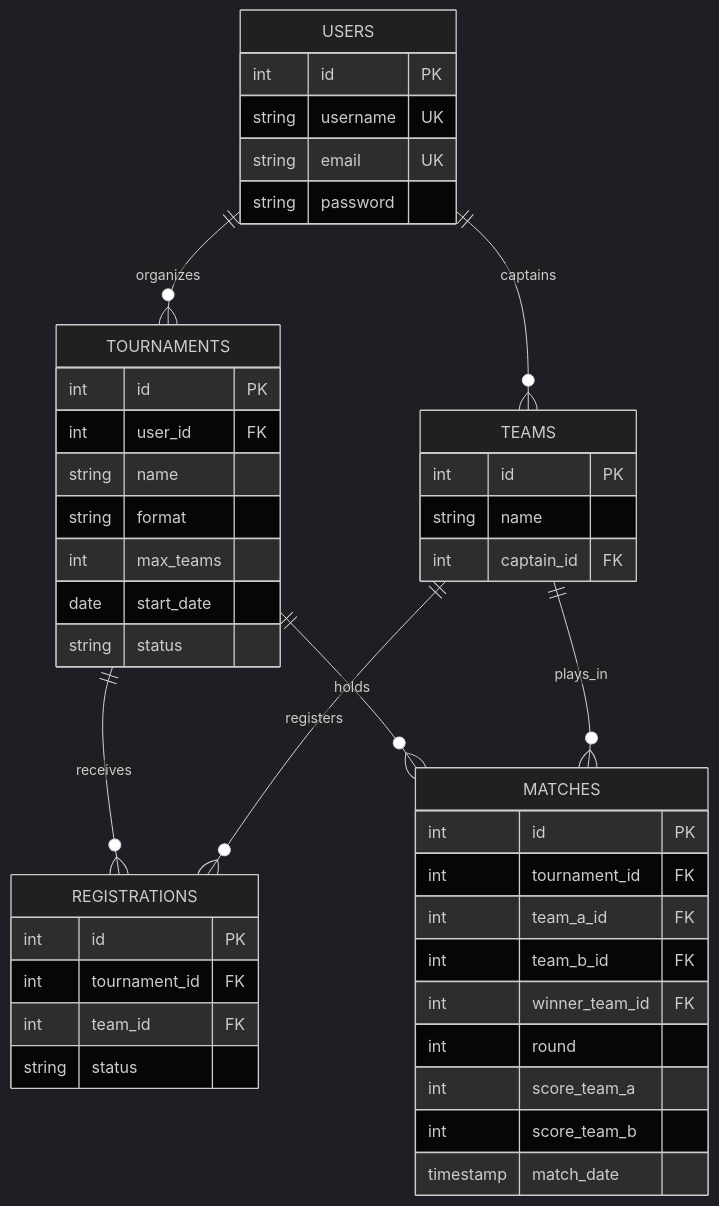
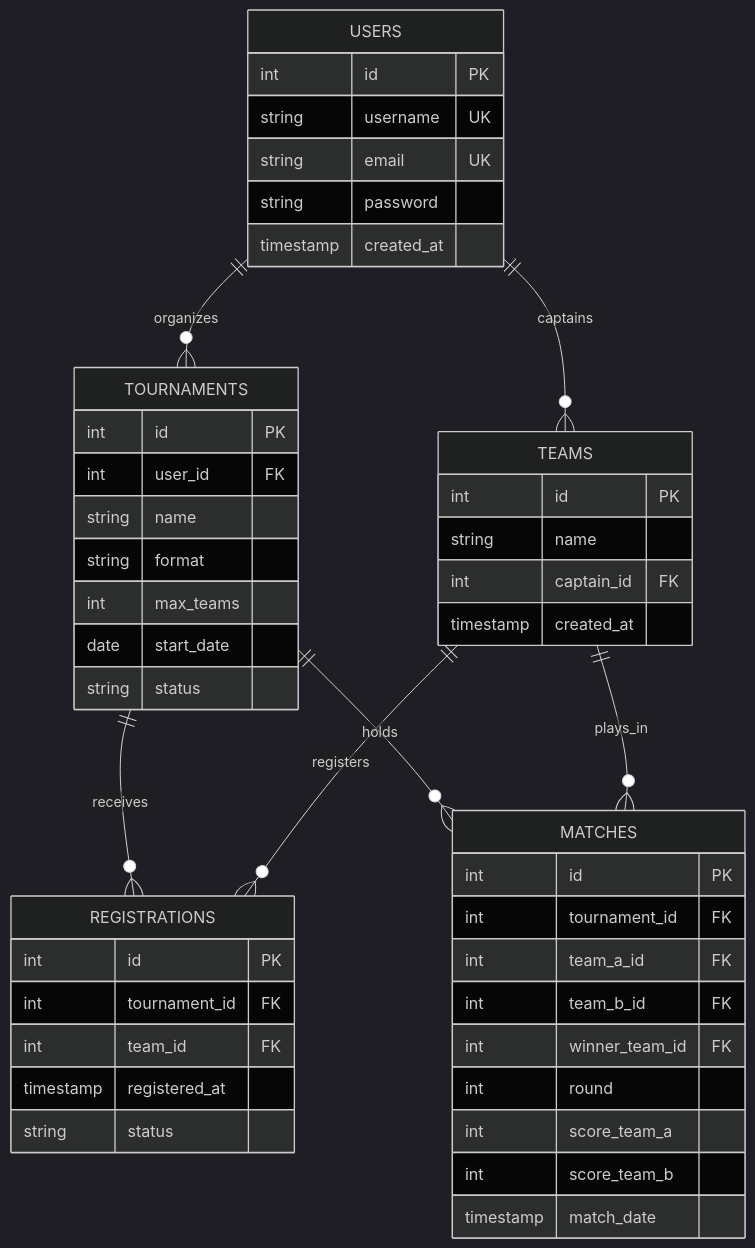
The diagram in README.md (jokergeron/BE-back-end-), drawn with Mermaid (dark theme) before and after one commit. The commit also changed other lines of this file and 6 other files, not shown here.

````diff
--- a/README.md
+++ b/README.md
@@ -34,53 +40,56 @@
 ```mermaid
 erDiagram
     USERS ||--o{ TEAMS : "captains"
     USERS ||--o{ TOURNAMENTS : "organizes"
     
     TOURNAMENTS ||--o{ REGISTRATIONS : "receives"
     TEAMS ||--o{ REGISTRATIONS : "registers"
     
     TOURNAMENTS ||--o{ MATCHES : "holds"
     TEAMS ||--o{ MATCHES : "plays_in"
 
     USERS {
         int id PK
         string username UK
         string email UK
         string password
+        timestamp created_at
     }
 
     TEAMS {
         int id PK
         string name
         int captain_id FK
+        timestamp created_at
     }
 
     TOURNAMENTS {
         int id PK
         int user_id FK
         string name
         string format
         int max_teams
         date start_date
         string status
     }
 
     REGISTRATIONS {
         int id PK
         int tournament_id FK
         int team_id FK
+        timestamp registered_at
         string status
     }
 
     MATCHES {
         int id PK
         int tournament_id FK
         int team_a_id FK
         int team_b_id FK
         int winner_team_id FK
         int round
         int score_team_a
         int score_team_b
         timestamp match_date
     }
 ```
````
